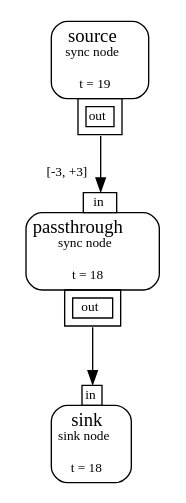
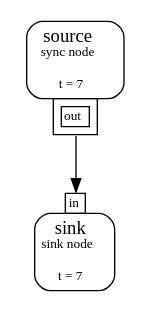
One commit to dbonattoj/mf changed the diagram in gr.gv. Above: the diagram before and after it, drawn with Graphviz. The commit also changed 18 other files, not shown here.

```diff
--- a/gr.gv
+++ b/gr.gv
@@ -1,16 +1,12 @@
 digraph G{
 	rankdir=TB
 	node0 [shape=plaintext label=<
-<TABLE BORDER="0" CELLBORDER="0" CELLSPACING="0" CELLPADDING="0"><TR><TD COLSPAN="1" BORDER="1" STYLE="ROUNDED" CELLPADDING="4" COLOR="black">source<BR/><FONT POINT-SIZE="10">sync node</FONT><BR/><BR/><FONT POINT-SIZE="10">t = 19</FONT></TD></TR><TR><TD COLSPAN="1" BORDER="0"><TABLE BORDER="0" CELLBORDER="0" CELLSPACING="0" CELLPADDING="0"><TR><TD WIDTH="20"></TD><TD BORDER="1" CELLPADDING="3" PORT="out1" COLOR="black"><TABLE BORDER="0" CELLSPACING="2"><TR CELLPADDING="1"><TD BORDER="1" CELLPADDING="1"><FONT POINT-SIZE="10">out</FONT></TD></TR></TABLE></TD><TD WIDTH="20"></TD></TR></TABLE></TD></TR></TABLE>
+<TABLE BORDER="0" CELLBORDER="0" CELLSPACING="0" CELLPADDING="0"><TR><TD COLSPAN="1" BORDER="1" STYLE="ROUNDED" CELLPADDING="4" COLOR="black">source<BR/><FONT POINT-SIZE="10">sync node</FONT><BR/><BR/><FONT POINT-SIZE="10">t = 7</FONT></TD></TR><TR><TD COLSPAN="1" BORDER="0"><TABLE BORDER="0" CELLBORDER="0" CELLSPACING="0" CELLPADDING="0"><TR><TD WIDTH="20"></TD><TD BORDER="1" CELLPADDING="3" PORT="out1" COLOR="black"><TABLE BORDER="0" CELLSPACING="2"><TR CELLPADDING="1"><TD BORDER="1" CELLPADDING="1"><FONT POINT-SIZE="10">out</FONT></TD></TR></TABLE></TD><TD WIDTH="20"></TD></TR></TABLE></TD></TR></TABLE>
 >];
 	node2 [shape=plaintext label=<
-<TABLE BORDER="0" CELLBORDER="0" CELLSPACING="0" CELLPADDING="0"><TR><TD WIDTH="20"></TD><TD BORDER="1" CELLPADDING="1" PORT="in3" COLOR="black"><FONT POINT-SIZE="10">in</FONT></TD><TD WIDTH="20"></TD></TR><TR><TD COLSPAN="3" BORDER="1" STYLE="ROUNDED" CELLPADDING="4" COLOR="black">passthrough<BR/><FONT POINT-SIZE="10">sync node</FONT><BR/><BR/><FONT POINT-SIZE="10">t = 18</FONT></TD></TR><TR><TD COLSPAN="3" BORDER="0"><TABLE BORDER="0" CELLBORDER="0" CELLSPACING="0" CELLPADDING="0"><TR><TD WIDTH="20"></TD><TD BORDER="1" CELLPADDING="3" PORT="out4" COLOR="black"><TABLE BORDER="0" CELLSPACING="2"><TR CELLPADDING="1"><TD BORDER="1" CELLPADDING="1"><FONT POINT-SIZE="10">out</FONT></TD></TR></TABLE></TD><TD WIDTH="20"></TD></TR></TABLE></TD></TR></TABLE>
+<TABLE BORDER="0" CELLBORDER="0" CELLSPACING="0" CELLPADDING="0"><TR><TD WIDTH="20"></TD><TD BORDER="1" CELLPADDING="1" PORT="in3" COLOR="black"><FONT POINT-SIZE="10">in</FONT></TD><TD WIDTH="20"></TD></TR><TR><TD COLSPAN="3" BORDER="1" STYLE="ROUNDED" CELLPADDING="4" COLOR="black">sink<BR/><FONT POINT-SIZE="10">sink node</FONT><BR/><BR/><FONT POINT-SIZE="10">t = 7</FONT></TD></TR></TABLE>
 >];
-	node5 [shape=plaintext label=<
-<TABLE BORDER="0" CELLBORDER="0" CELLSPACING="0" CELLPADDING="0"><TR><TD WIDTH="20"></TD><TD BORDER="1" CELLPADDING="1" PORT="in6" COLOR="black"><FONT POINT-SIZE="10">in</FONT></TD><TD WIDTH="20"></TD></TR><TR><TD COLSPAN="3" BORDER="1" STYLE="ROUNDED" CELLPADDING="4" COLOR="black">sink<BR/><FONT POINT-SIZE="10">sink node</FONT><BR/><BR/><FONT POINT-SIZE="10">t = 18</FONT></TD></TR></TABLE>
->];
-	node0:out1 -> node2:in3 [style="", arrowhead="normal", color=black, headlabel=<[-3, +3]     >, fontsize=10, labelangle=45, labeldistance=2.0, labelfontcolor=black];
-	node2:out4 -> node5:in6 [style="", arrowhead="normal", color=black, headlabel=<>, fontsize=10, labelangle=45, labeldistance=2.0, labelfontcolor=black];
+	node0:out1 -> node2:in3 [style="", arrowhead="normal", color=black, headlabel=<>, fontsize=10, labelangle=45, labeldistance=2.0, labelfontcolor=black];
 	{rank=source; node0}
-	{rank=sink; node5}
+	{rank=sink; node2}
 }
```
